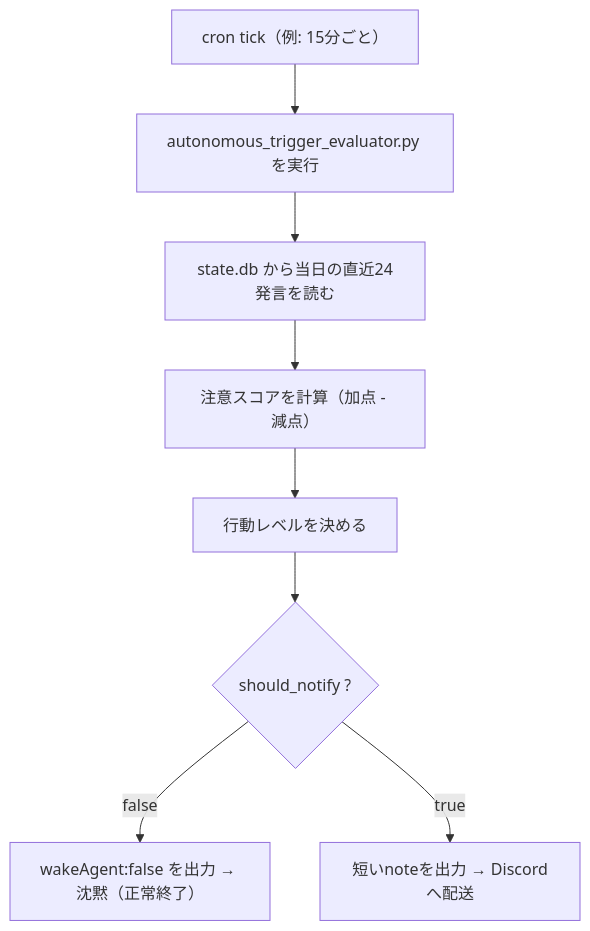
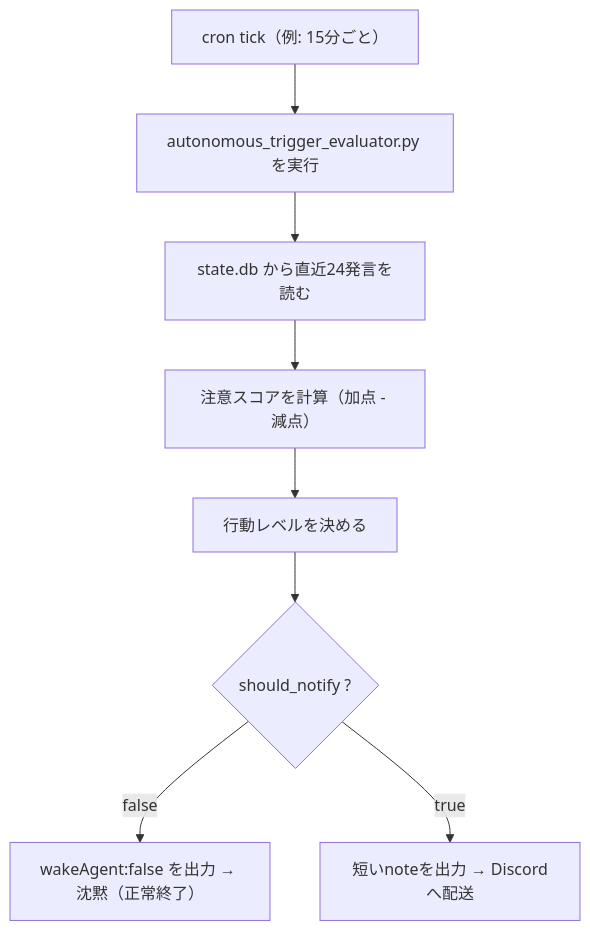
One commit to YOSSII812001/hermes-desktop-local-llm-guide changed the second of 3 diagrams in README.md. Above: the diagram before and after it, drawn with Mermaid. The commit also changed other lines of this file and 4 other files, not shown here.

````diff
--- a/README.md
+++ b/README.md
@@ -653,10 +654,10 @@
 ```mermaid
 flowchart TD
     Tick["cron tick（例: 15分ごと）"] --> Eval["autonomous_trigger_evaluator.py を実行"]
-    Eval --> Read["state.db から当日の直近24発言を読む"]
+    Eval --> Read["state.db から直近24発言を読む"]
     Read --> Score["注意スコアを計算（加点 - 減点）"]
     Score --> Level["行動レベルを決める"]
     Level --> Decide{"should_notify ?"}
     Decide -->|"false"| Silent["wakeAgent:false を出力 → 沈黙（正常終了）"]
     Decide -->|"true"| Note["短いnoteを出力 → Discordへ配送"]
 ```
````
